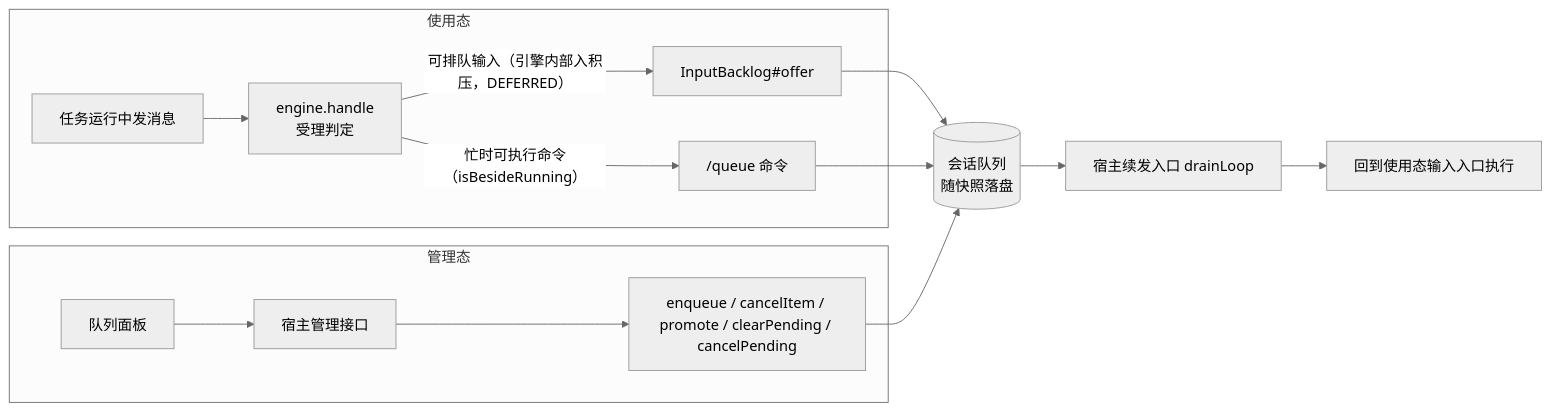
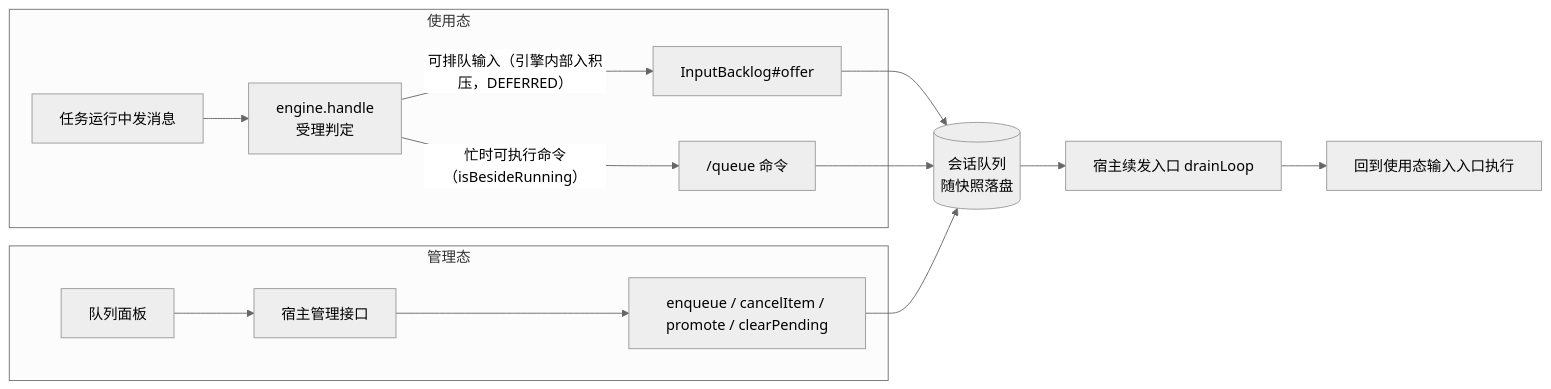
The second of 2 diagrams in solon-ai-harness-queue/README.md (opensolon/solon-ai), drawn with Mermaid (neutral theme) before and after one commit. The commit also changed other lines of this file and 42 other files, not shown here.

````diff
--- a/solon-ai-harness-queue/README.md
+++ b/solon-ai-harness-queue/README.md
@@ -108,15 +108,15 @@
 ```mermaid
 flowchart LR
     subgraph 使用态
         U1["任务运行中发消息"] --> H["engine.handle<br/>受理判定"]
         H -- "可排队输入（引擎内部入积压，DEFERRED）" --> EQ1["InputBacklog#offer"]
         H -- "忙时可执行命令（isBesideRunning）" --> C["/queue 命令"]
     end
     subgraph 管理态
-        U2["队列面板"] --> API["宿主管理接口"] --> EQ2["enqueue / cancelItem / promote / clearPending / cancelPending"]
+        U2["队列面板"] --> API["宿主管理接口"] --> EQ2["enqueue / cancelItem / promote / clearPending"]
     end
     EQ1 --> Q[("会话队列<br/>随快照落盘")]
     C --> Q
     EQ2 --> Q
     Q --> D["宿主续发入口 drainLoop"] --> IN["回到使用态输入入口执行"]
 ```
````
